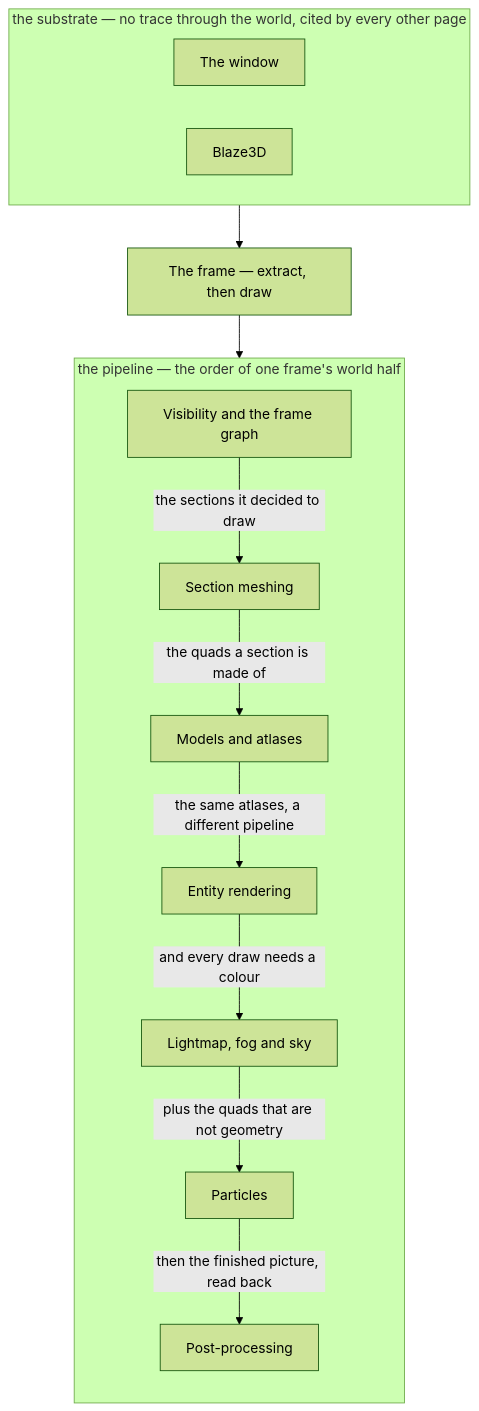
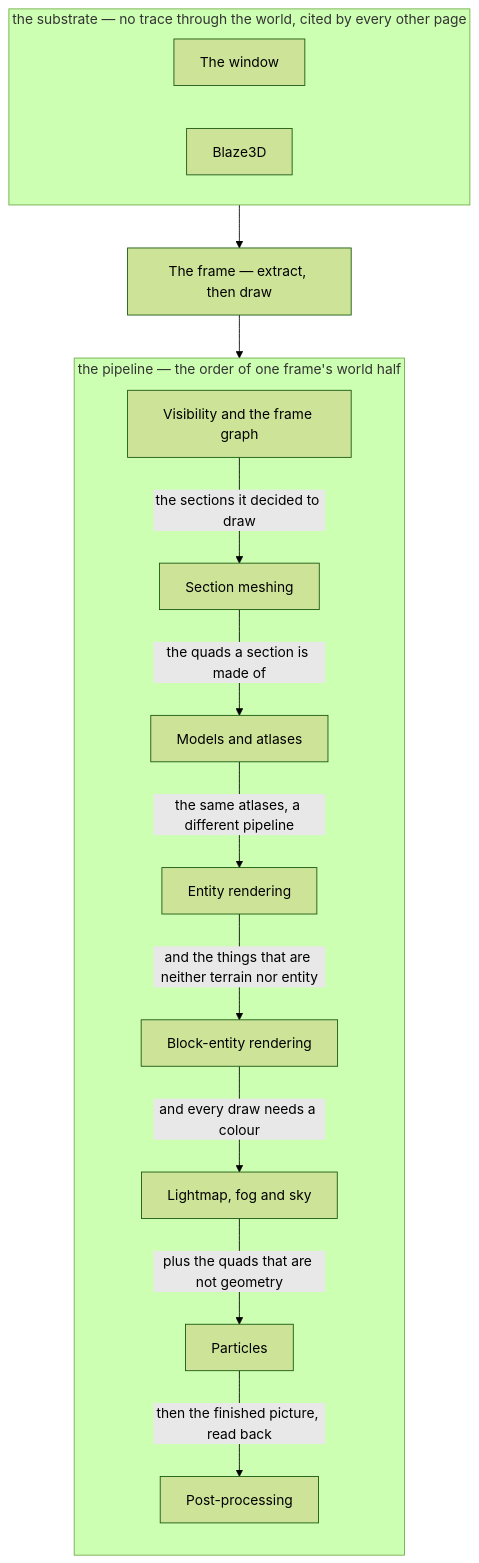
The diagram in src/systems/rendering/README.md (AlexanderjFraser/MinecraftDocs), drawn with Mermaid (forest theme) before and after one commit. The commit also changed other lines of this file and 34 other files, not shown here.

First line of the commit message:
pass 3, session P — the lecture order and the close; pass 4 chartered

````diff
--- a/src/systems/rendering/README.md
+++ b/src/systems/rendering/README.md
@@ -34,27 +34,29 @@
 ```mermaid
 flowchart TD
     FRAME["The frame — extract, then draw"]
     subgraph SUB["the substrate — no trace through the world, cited by every other page"]
         direction LR
         WIN["The window"]
         B3D["Blaze3D"]
     end
     subgraph PIPE["the pipeline — the order of one frame's world half"]
         direction TB
         VIS["Visibility and the frame graph"]
         MESH["Section meshing"]
         MOD["Models and atlases"]
         ENT["Entity rendering"]
+        BEN["Block-entity rendering"]
         SKY["Lightmap, fog and sky"]
         PART["Particles"]
         POST["Post-processing"]
         VIS -- "the sections it decided to draw" --> MESH
         MESH -- "the quads a section is made of" --> MOD
         MOD -- "the same atlases, a different pipeline" --> ENT
-        ENT -- "and every draw needs a colour" --> SKY
+        ENT -- "and the things that are neither terrain nor entity" --> BEN
+        BEN -- "and every draw needs a colour" --> SKY
         SKY -- "plus the quads that are not geometry" --> PART
         PART -- "then the finished picture, read back" --> POST
     end
     SUB --> FRAME
     FRAME --> PIPE
 ```
````
